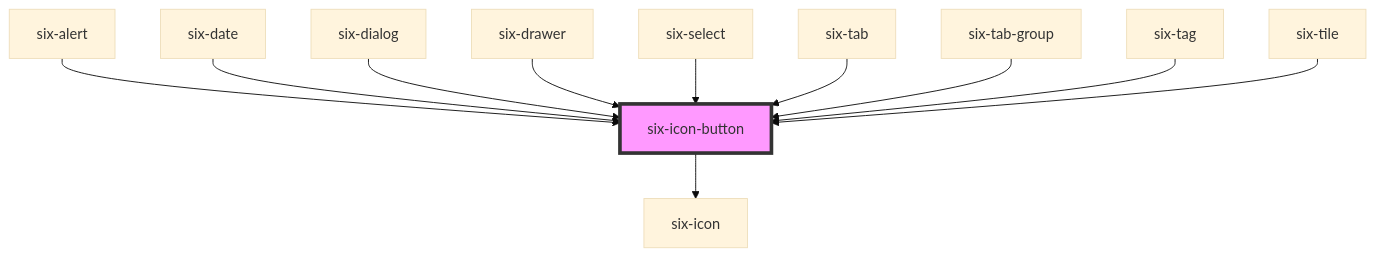
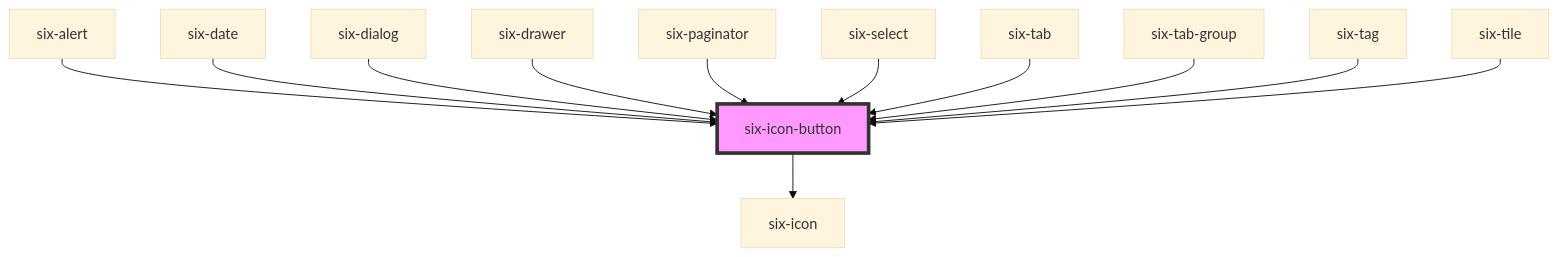
Before and after one commit to six-group/six-webcomponents: the diagram in libraries/ui-library/src/components/six-icon-button/readme.md, drawn with Mermaid (base theme). The commit also changed other lines of this file and 15 other files, not shown here.

````diff
--- a/libraries/ui-library/src/components/six-icon-button/readme.md
+++ b/libraries/ui-library/src/components/six-icon-button/readme.md
@@ -50,14 +51,15 @@
 ```mermaid
 graph TD;
   six-icon-button --> six-icon
   six-alert --> six-icon-button
   six-date --> six-icon-button
   six-dialog --> six-icon-button
   six-drawer --> six-icon-button
+  six-paginator --> six-icon-button
   six-select --> six-icon-button
   six-tab --> six-icon-button
   six-tab-group --> six-icon-button
   six-tag --> six-icon-button
   six-tile --> six-icon-button
   style six-icon-button fill:#f9f,stroke:#333,stroke-width:4px
 ```
````
